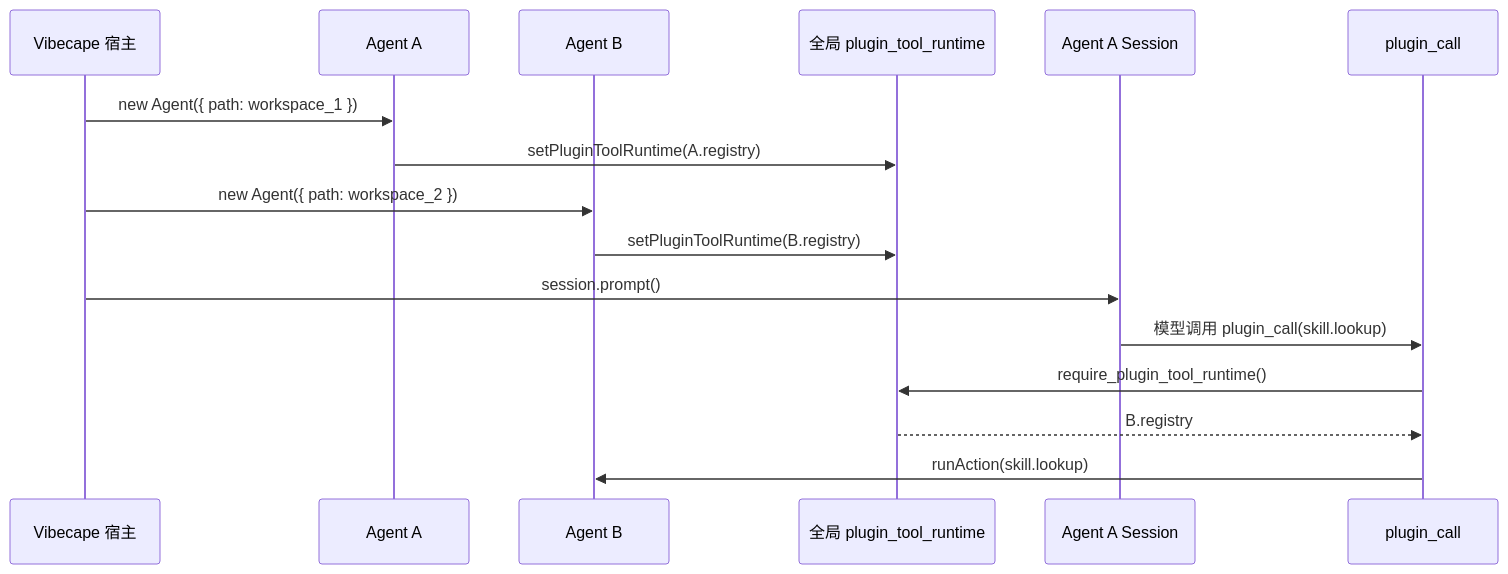
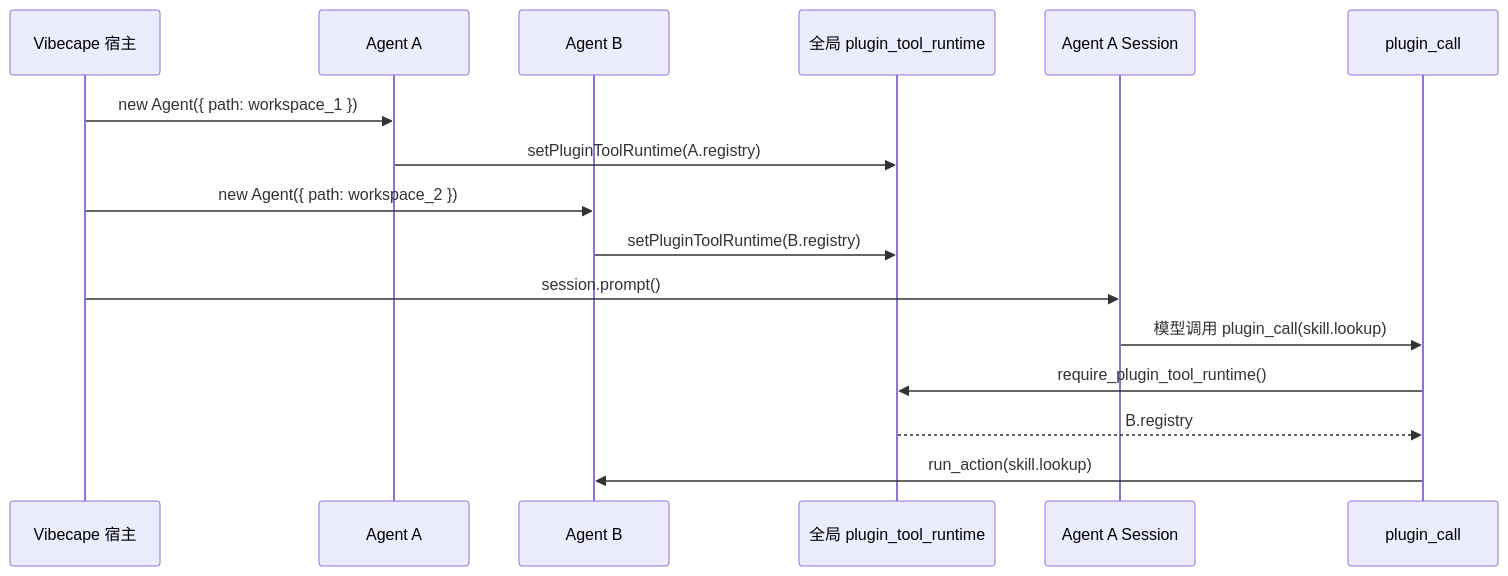
One commit to genesiscosmos/downcity changed the third of 10 diagrams in docs/agent-plugin-runtime-redesign-prd.md. Above: the diagram before and after it, drawn with Mermaid. The commit also changed other lines of this file and 107 other files, not shown here.

````diff
--- a/docs/agent-plugin-runtime-redesign-prd.md
+++ b/docs/agent-plugin-runtime-redesign-prd.md
@@ -121,19 +121,19 @@
 ```mermaid
 sequenceDiagram
   participant Host as Vibecape 宿主
   participant AgentA as Agent A
   participant AgentB as Agent B
   participant Global as 全局 plugin_tool_runtime
   participant SessionA as Agent A Session
   participant Tool as plugin_call
 
   Host->>AgentA: new Agent({ path: workspace_1 })
   AgentA->>Global: setPluginToolRuntime(A.registry)
   Host->>AgentB: new Agent({ path: workspace_2 })
   AgentB->>Global: setPluginToolRuntime(B.registry)
   Host->>SessionA: session.prompt()
   SessionA->>Tool: 模型调用 plugin_call(skill.lookup)
   Tool->>Global: require_plugin_tool_runtime()
   Global-->>Tool: B.registry
-  Tool->>AgentB: runAction(skill.lookup)
+  Tool->>AgentB: run_action(skill.lookup)
 ```
````
